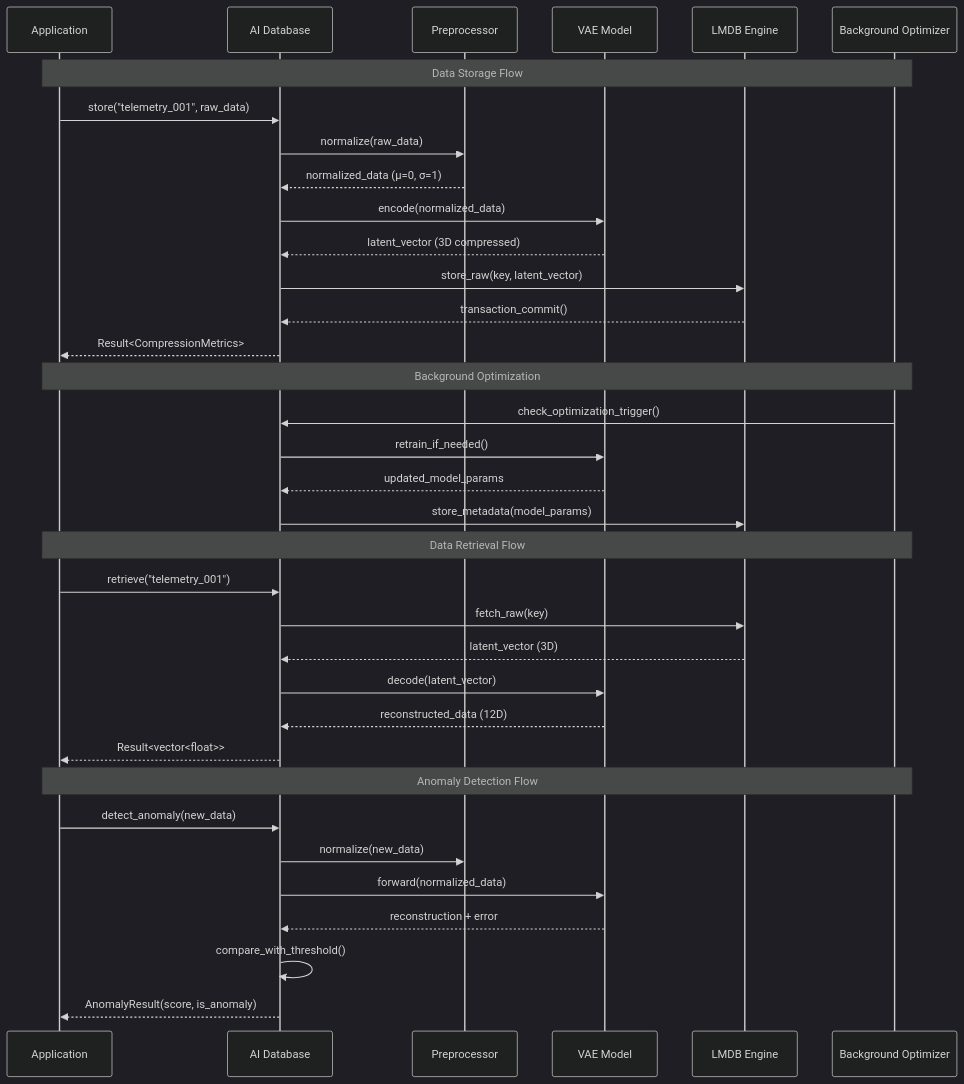
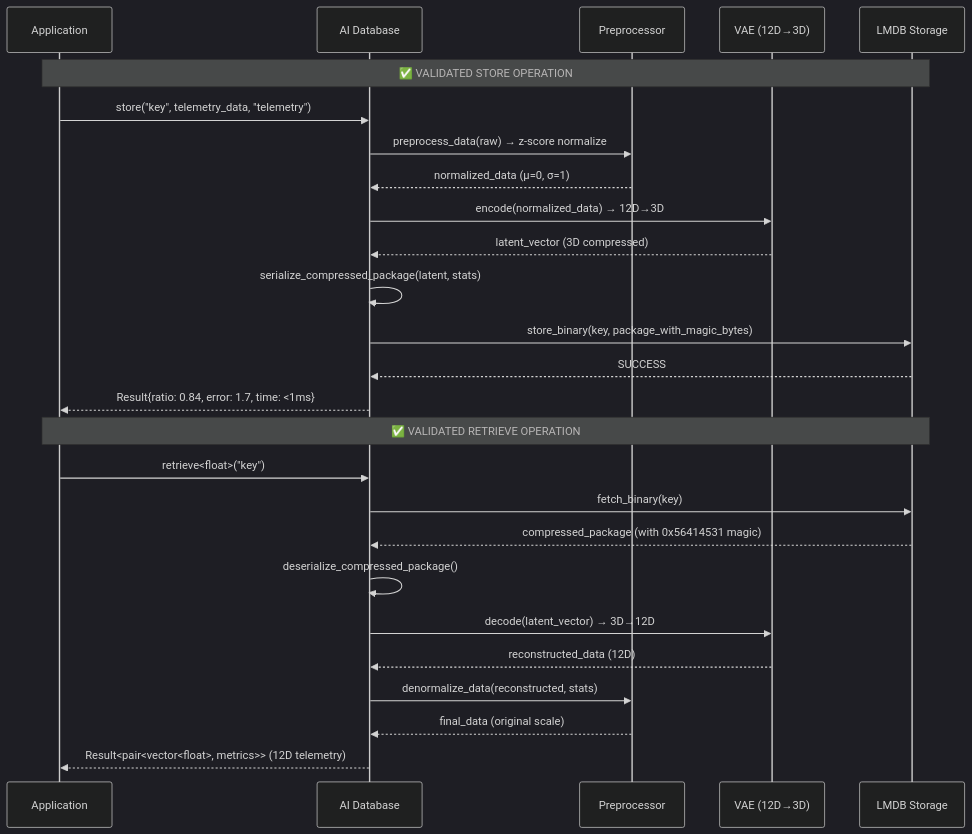
The second of 2 diagrams in FAQ/DATABASE/VAE_DATABASE_INTEGRATION_MANUAL.md (r0nlt/Space-Radiation-Tolerant), drawn with Mermaid (dark theme) before and after one commit. The commit also changed other lines of this file and 4 other files, not shown here.

````diff
--- a/FAQ/DATABASE/VAE_DATABASE_INTEGRATION_MANUAL.md
+++ b/FAQ/DATABASE/VAE_DATABASE_INTEGRATION_MANUAL.md
@@ -164,41 +147,30 @@
 ```mermaid
 sequenceDiagram
     participant App as Application
     participant DB as AI Database
     participant Prep as Preprocessor
-    participant VAE as VAE Model
-    participant LMDB as LMDB Engine
-    participant BG as Background Optimizer
+    participant VAE as VAE (12D→3D)
+    participant LMDB as LMDB Storage
 
-    Note over App,BG: Data Storage Flow
-    App->>DB: store("telemetry_001", raw_data)
-    DB->>Prep: normalize(raw_data)
+    Note over App,LMDB: ✅ VALIDATED STORE OPERATION
+    App->>DB: store("key", telemetry_data, "telemetry")
+    DB->>Prep: preprocess_data(raw) → z-score normalize
     Prep-->>DB: normalized_data (μ=0, σ=1)
-    DB->>VAE: encode(normalized_data)
+    DB->>VAE: encode(normalized_data) → 12D→3D
     VAE-->>DB: latent_vector (3D compressed)
-    DB->>LMDB: store_raw(key, latent_vector)
-    LMDB-->>DB: transaction_commit()
-    DB-->>App: Result<CompressionMetrics>
+    DB->>DB: serialize_compressed_package(latent, stats)
+    DB->>LMDB: store_binary(key, package_with_magic_bytes)
+    LMDB-->>DB: SUCCESS
+    DB-->>App: Result{ratio: 0.84, error: 1.7, time: <1ms}
 
-    Note over App,BG: Background Optimization
-    BG->>DB: check_optimization_trigger()
-    DB->>VAE: retrain_if_needed()
-    VAE-->>DB: updated_model_params
-    DB->>LMDB: store_metadata(model_params)
-
-    Note over App,BG: Data Retrieval Flow
-    App->>DB: retrieve("telemetry_001")
-    DB->>LMDB: fetch_raw(key)
-    LMDB-->>DB: latent_vector (3D)
-    DB->>VAE: decode(latent_vector)
+    Note over App,LMDB: ✅ VALIDATED RETRIEVE OPERATION
+    App->>DB: retrieve<float>("key")
+    DB->>LMDB: fetch_binary(key)
+    LMDB-->>DB: compressed_package (with 0x56414531 magic)
+    DB->>DB: deserialize_compressed_package()
+    DB->>VAE: decode(latent_vector) → 3D→12D
     VAE-->>DB: reconstructed_data (12D)
-    DB-->>App: Result<vector<float>>
-
-    Note over App,BG: Anomaly Detection Flow
-    App->>DB: detect_anomaly(new_data)
-    DB->>Prep: normalize(new_data)
-    DB->>VAE: forward(normalized_data)
-    VAE-->>DB: reconstruction + error
-    DB->>DB: compare_with_threshold()
-    DB-->>App: AnomalyResult(score, is_anomaly)
+    DB->>Prep: denormalize_data(reconstructed, stats)
+    Prep-->>DB: final_data (original scale)
+    DB-->>App: Result<pair<vector<float>, metrics>> (12D telemetry)
 ```
````
